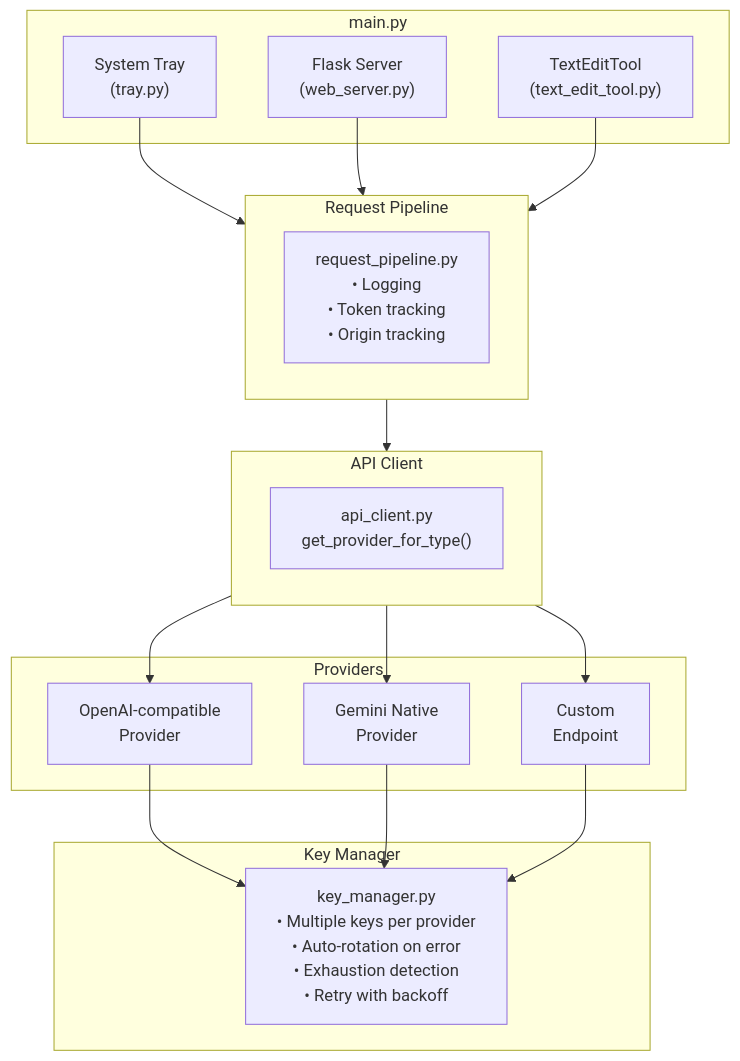
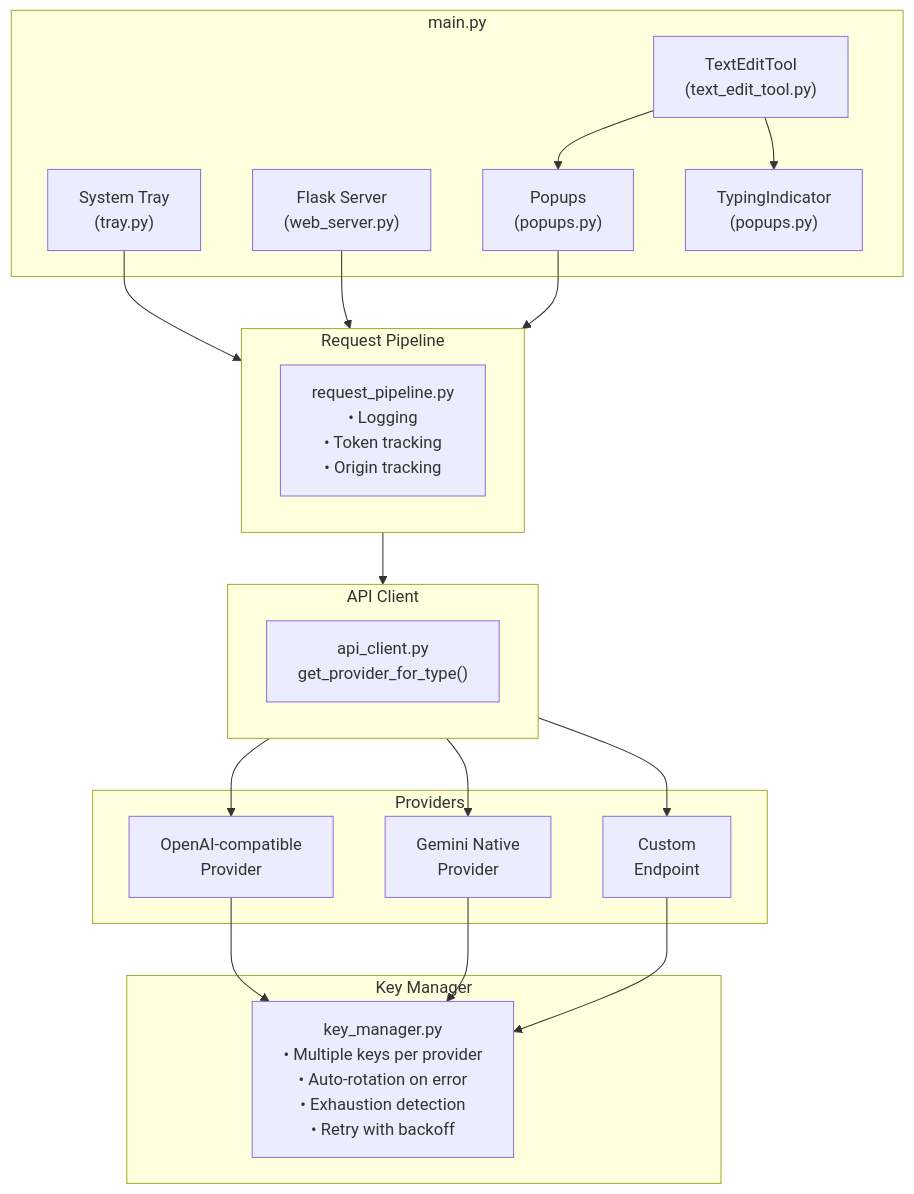
Before and after one commit to zaxx-q/AI-Bridge: the first of 2 diagrams in docs/ARCHITECTURE.md, drawn with Mermaid. The commit also changed other lines of this file and 2 other files, not shown here.

````diff
--- a/docs/ARCHITECTURE.md
+++ b/docs/ARCHITECTURE.md
@@ -17,37 +17,41 @@
 ```mermaid
 flowchart TB
     subgraph Main["main.py"]
         Tray["System Tray<br/>(tray.py)"]
         Flask["Flask Server<br/>(web_server.py)"]
         TET["TextEditTool<br/>(text_edit_tool.py)"]
+        Popups["Popups<br/>(popups.py)"]
+        TypingInd["TypingIndicator<br/>(popups.py)"]
     end
     
     subgraph Pipeline["Request Pipeline"]
         RP["request_pipeline.py<br/>• Logging<br/>• Token tracking<br/>• Origin tracking"]
     end
     
     subgraph APIClient["API Client"]
         AC["api_client.py<br/>get_provider_for_type()"]
     end
     
     subgraph Providers["Providers"]
         OAI["OpenAI-compatible<br/>Provider"]
         Gemini["Gemini Native<br/>Provider"]
         Custom["Custom<br/>Endpoint"]
     end
     
     subgraph KeyMgr["Key Manager"]
         KM["key_manager.py<br/>• Multiple keys per provider<br/>• Auto-rotation on error<br/>• Exhaustion detection<br/>• Retry with backoff"]
     end
     
     Tray --> Pipeline
     Flask --> Pipeline
-    TET --> Pipeline
+    TET --> Popups
+    TET --> TypingInd
+    Popups --> Pipeline
     Pipeline --> APIClient
     APIClient --> OAI
     APIClient --> Gemini
     APIClient --> Custom
     OAI --> KM
     Gemini --> KM
     Custom --> KM
 ```
````
